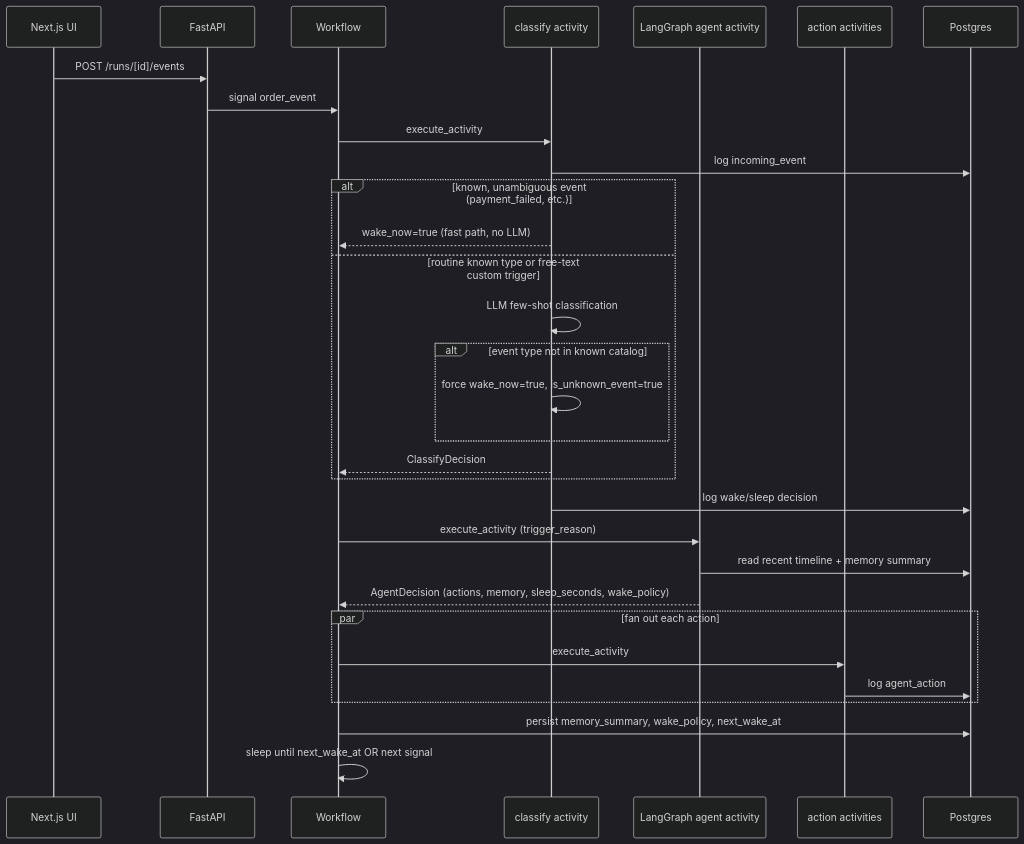
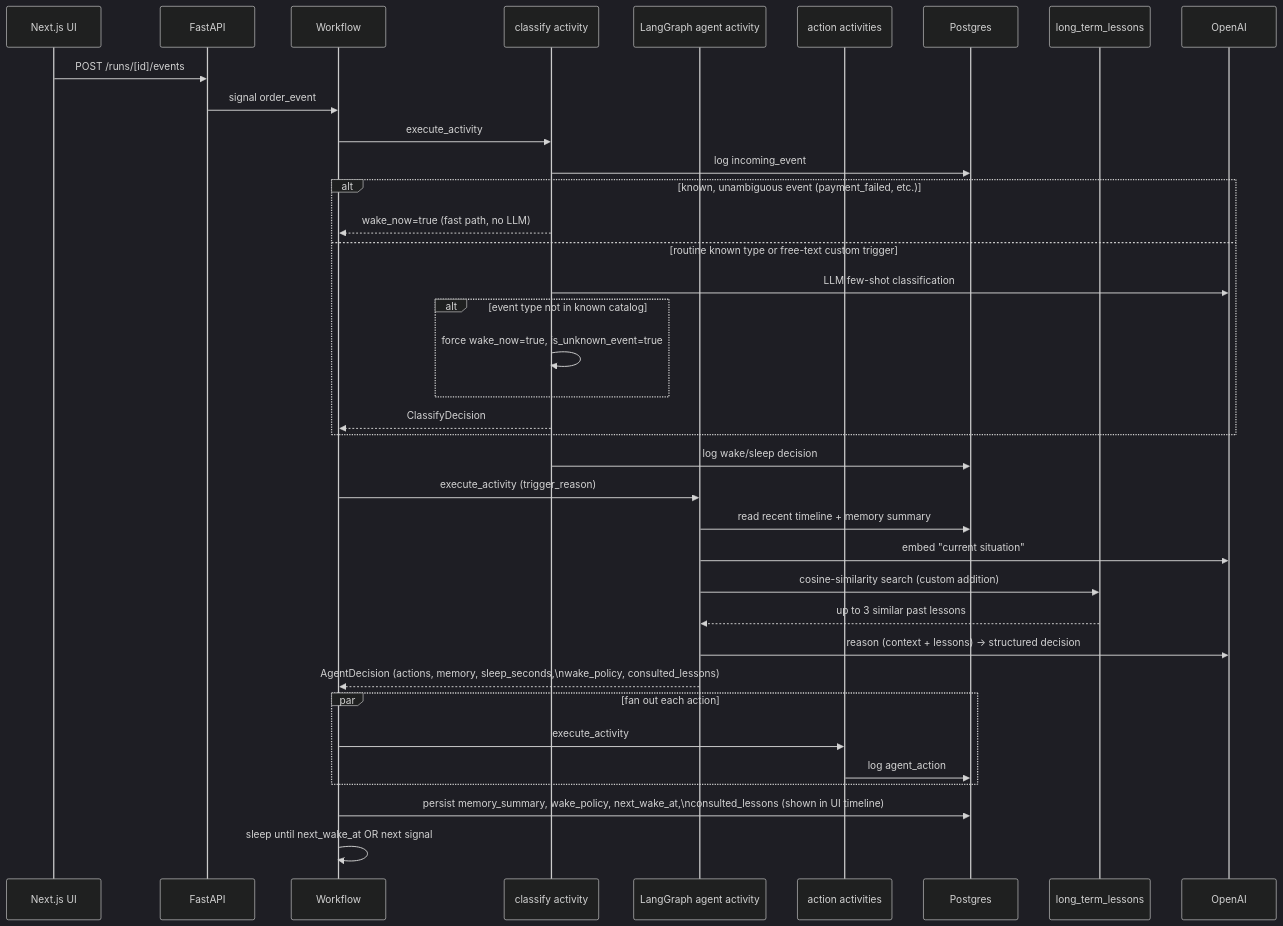
One commit to VaibhavDangaich/Sagepilot changed the second of 2 diagrams in README.md. Above: the diagram before and after it, drawn with Mermaid (dark theme). The commit also changed other lines of this file and 28 other files, not shown here.

Commit message:
added lessons tab,graph view fixes and a refined node inspector panel and readme changes

````diff
--- a/README.md
+++ b/README.md
@@ -65,34 +76,40 @@
 ```mermaid
 sequenceDiagram
     participant UI as Next.js UI
     participant API as FastAPI
     participant WF as Workflow
     participant CLS as classify activity
     participant AG as LangGraph agent activity
     participant ACT as action activities
     participant DB as Postgres
+    participant LES as long_term_lessons
+    participant AI as OpenAI
 
     UI->>API: POST /runs/[id]/events
     API->>WF: signal order_event
     WF->>CLS: execute_activity
     CLS->>DB: log incoming_event
     alt known, unambiguous event (payment_failed, etc.)
         CLS-->>WF: wake_now=true (fast path, no LLM)
     else routine known type or free-text custom trigger
-        CLS->>CLS: LLM few-shot classification
+        CLS->>AI: LLM few-shot classification
         alt event type not in known catalog
             CLS->>CLS: force wake_now=true, is_unknown_event=true
         end
         CLS-->>WF: ClassifyDecision
     end
     CLS->>DB: log wake/sleep decision
     WF->>AG: execute_activity (trigger_reason)
     AG->>DB: read recent timeline + memory summary
-    AG-->>WF: AgentDecision (actions, memory, sleep_seconds, wake_policy)
+    AG->>AI: embed "current situation"
+    AG->>LES: cosine-similarity search (custom addition)
+    LES-->>AG: up to 3 similar past lessons
+    AG->>AI: reason (context + lessons) -> structured decision
+    AG-->>WF: AgentDecision (actions, memory, sleep_seconds,\nwake_policy, consulted_lessons)
     par fan out each action
         WF->>ACT: execute_activity
         ACT->>DB: log agent_action
     end
-    WF->>DB: persist memory_summary, wake_policy, next_wake_at
+    WF->>DB: persist memory_summary, wake_policy, next_wake_at,\nconsulted_lessons (shown in UI timeline)
     WF->>WF: sleep until next_wake_at OR next signal
 ```
````
